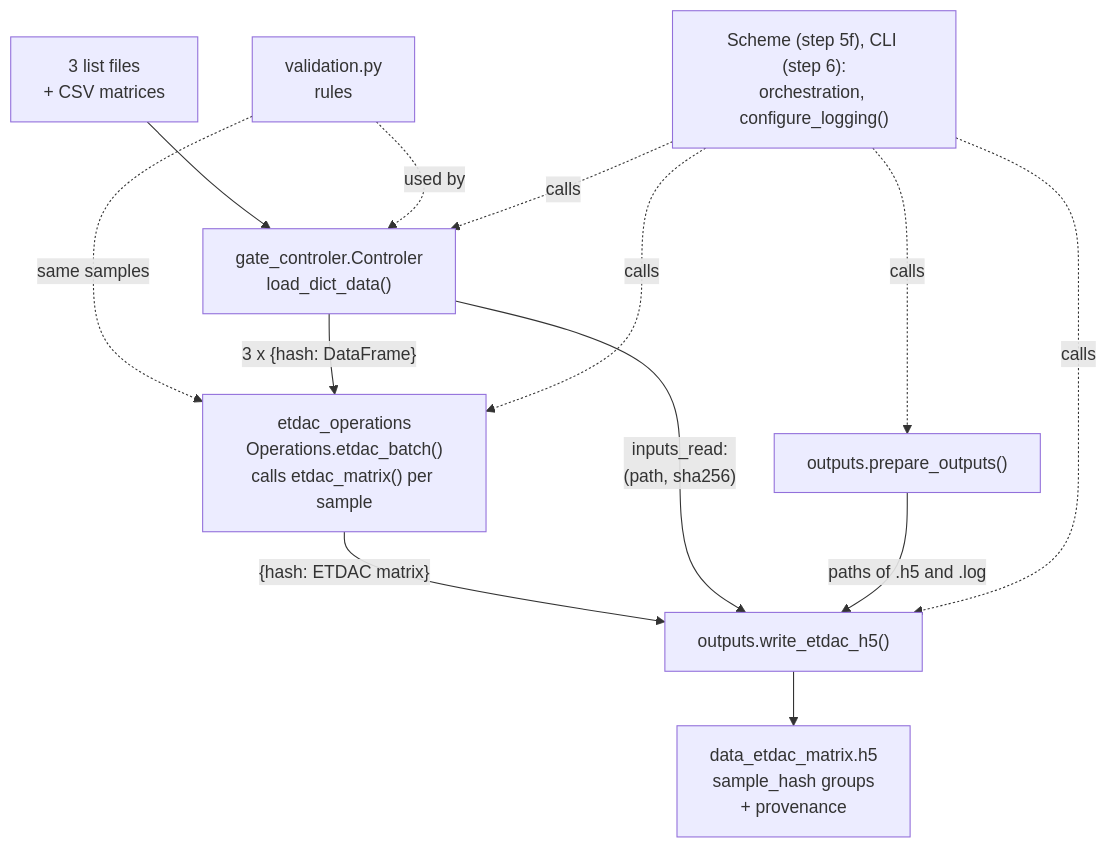
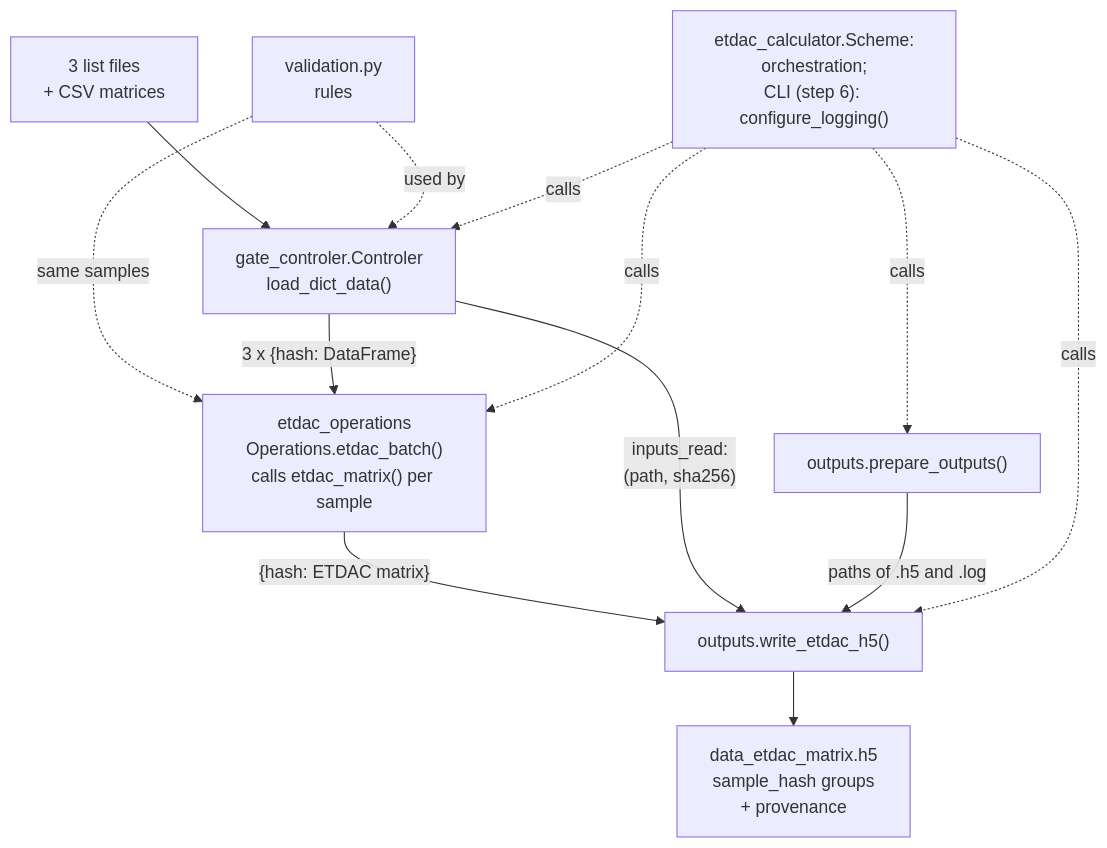
Before and after one commit to caraortizmah/atomistic_oscillator_strength: the first of 4 diagrams in docs/development.md, drawn with Mermaid. The commit also changed 1 other file, not shown here.

Commit message:
notebook leftovers removed; Scheme exported;

````diff
--- a/docs/development.md
+++ b/docs/development.md
@@ -26,15 +26,15 @@
 ```mermaid
 flowchart TD
     LF["3 list files<br/>+ CSV matrices"] --> C["gate_controler.Controler<br/>load_dict_data()"]
     V["validation.py<br/>rules"] -. used by .-> C
     V -. same samples .-> OP
     C -->|"3 x {hash: DataFrame}"| OP["etdac_operations<br/>Operations.etdac_batch()<br/>calls etdac_matrix() per sample"]
     OP -->|"{hash: ETDAC matrix}"| W["outputs.write_etdac_h5()"]
     C -->|"inputs_read:<br/>(path, sha256)"| W
     P["outputs.prepare_outputs()"] -->|"paths of .h5 and .log"| W
     W --> H["data_etdac_matrix.h5<br/>sample_hash groups<br/>+ provenance"]
-    S["Scheme (step 5f), CLI (step 6):<br/>orchestration, configure_logging()"] -. calls .-> C
+    S["etdac_calculator.Scheme:<br/>orchestration;<br/>CLI (step 6): configure_logging()"] -. calls .-> C
     S -. calls .-> OP
     S -. calls .-> P
     S -. calls .-> W
 ```
````
